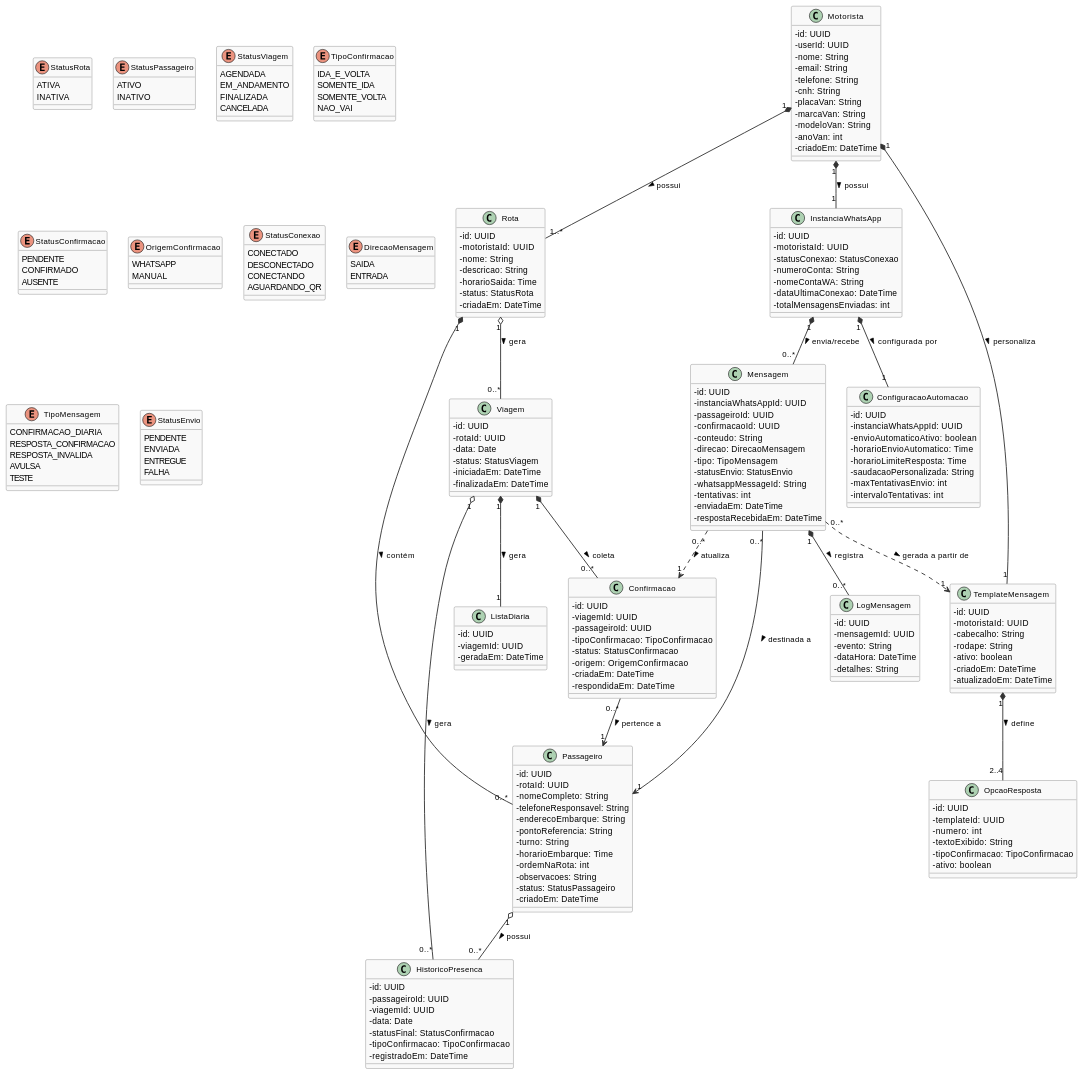
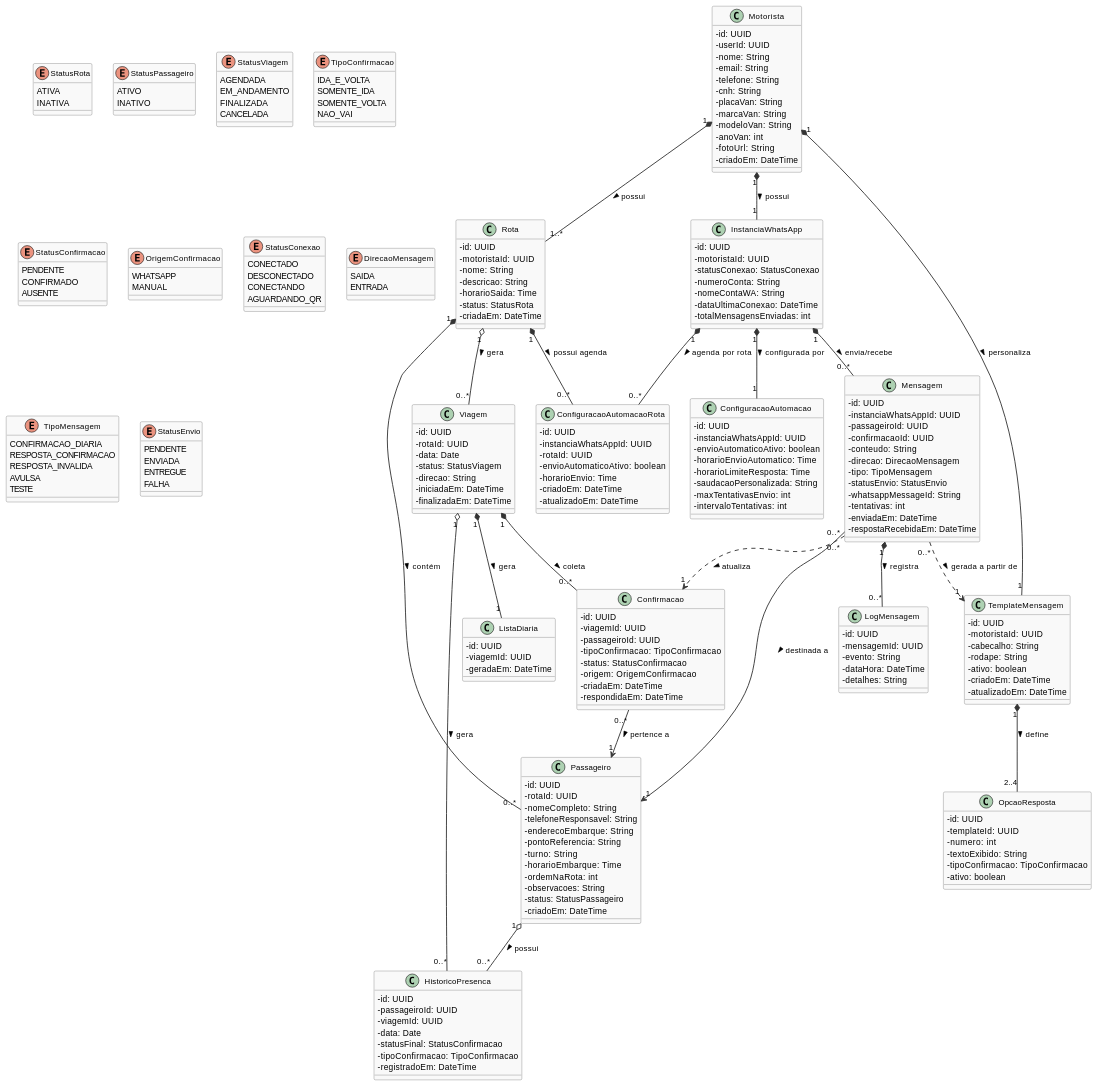
Before and after one commit to RenatoRissato/TCC: the diagram in docs/banco.md, drawn with PlantUML. The commit also changed other lines of this file and 8 other files, not shown here.

```diff
--- a/docs/banco.md
+++ b/docs/banco.md
@@ -35,6 +35,7 @@
   - marcaVan: String
   - modeloVan: String
   - anoVan: int
+  - fotoUrl: String
   - criadoEm: DateTime
 }
 
@@ -78,6 +79,7 @@
   - rotaId: UUID
   - data: Date
   - status: StatusViagem
+  - direcao: String
   - iniciadaEm: DateTime
   - finalizadaEm: DateTime
 }
@@ -150,6 +152,16 @@
   - saudacaoPersonalizada: String
   - maxTentativasEnvio: int
   - intervaloTentativas: int
+}
+
+class ConfiguracaoAutomacaoRota {
+  - id: UUID
+  - instanciaWhatsAppId: UUID
+  - rotaId: UUID
+  - envioAutomaticoAtivo: boolean
+  - horarioEnvio: Time
+  - criadoEm: DateTime
+  - atualizadoEm: DateTime
 }
 
 class TemplateMensagem {
@@ -234,6 +246,8 @@
 Confirmacao "0..*" --> "1" Passageiro : pertence a >
 TemplateMensagem "1" *-- "2..4" OpcaoResposta : define >
 InstanciaWhatsApp "1" *-- "1" ConfiguracaoAutomacao : configurada por >
+InstanciaWhatsApp "1" *-- "0..*" ConfiguracaoAutomacaoRota : agenda por rota >
+Rota "1" *-- "0..*" ConfiguracaoAutomacaoRota : possui agenda >
 InstanciaWhatsApp "1" *-- "0..*" Mensagem : envia/recebe >
 Mensagem "0..*" --> "1" Passageiro : destinada a >
 Mensagem "0..*" ..> "1" Confirmacao : atualiza >
```
